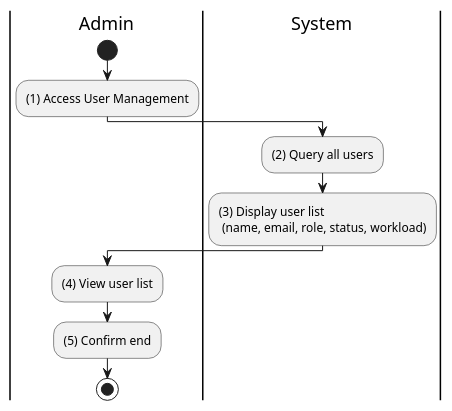
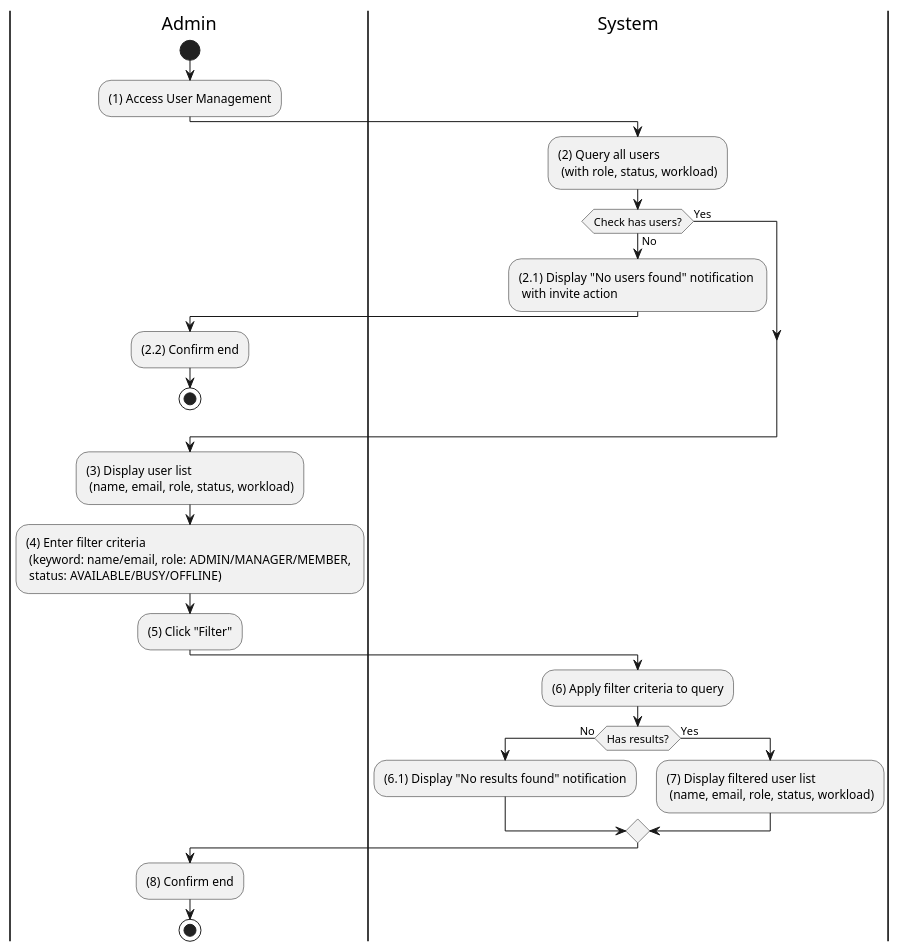
Before and after one commit to taskpilot-platform/taskpilot-platform.github.io: the diagram in docs/docs/activity/admin/view-global-user-list.md, drawn with PlantUML. The commit also changed 10 other files, not shown here.

First line of the commit message:
expand activity diagrams: add empty-state checks and filter flows

````diff
--- a/docs/docs/activity/admin/view-global-user-list.md
+++ b/docs/docs/activity/admin/view-global-user-list.md
@@ -3,20 +3,43 @@
 ```plantuml
 @startuml
 |A|Admin
 |S|System
 
 |A|
 start
 :(1) Access User Management;
 
 |S|
-:(2) Query all users;
+:(2) Query all users \n (with role, status, workload);
+
+if (Check has users?) then (No)
+  :(2.1) Display "No users found" notification \n with invite action;
+  |A|
+  :(2.2) Confirm end;
+  stop
+else (Yes)
+endif
+
 :(3) Display user list \n (name, email, role, status, workload);
 
 |A|
-:(4) View user list;
-:(5) Confirm end;
+:(4) Enter filter criteria \n (keyword: name/email, role: ADMIN/MANAGER/MEMBER, \n status: AVAILABLE/BUSY/OFFLINE);
+:(5) Click "Filter";
+
+|S|
+:(6) Apply filter criteria to query;
+
+if (Has results?) then (No)
+  :(6.1) Display "No results found" notification;
+  |A|
+else (Yes)
+  |S|
+  :(7) Display filtered user list \n (name, email, role, status, workload);
+  |A|
+endif
+
+:(8) Confirm end;
 
 stop
 @enduml
 ```
````
